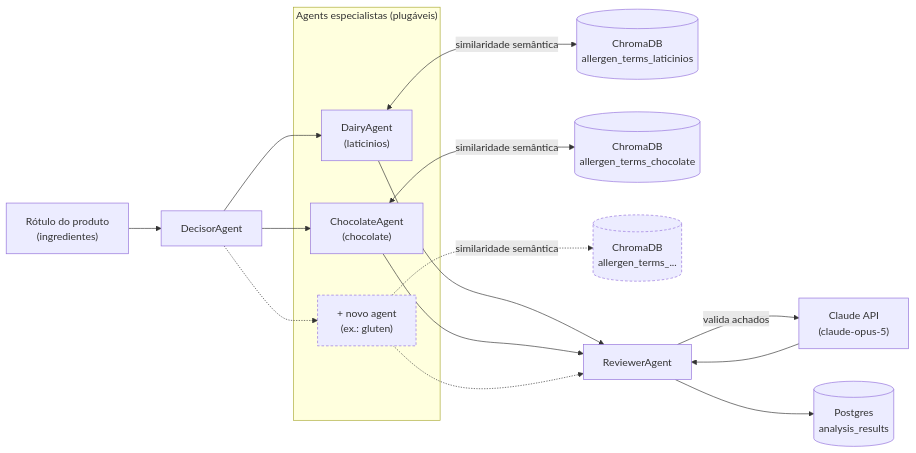
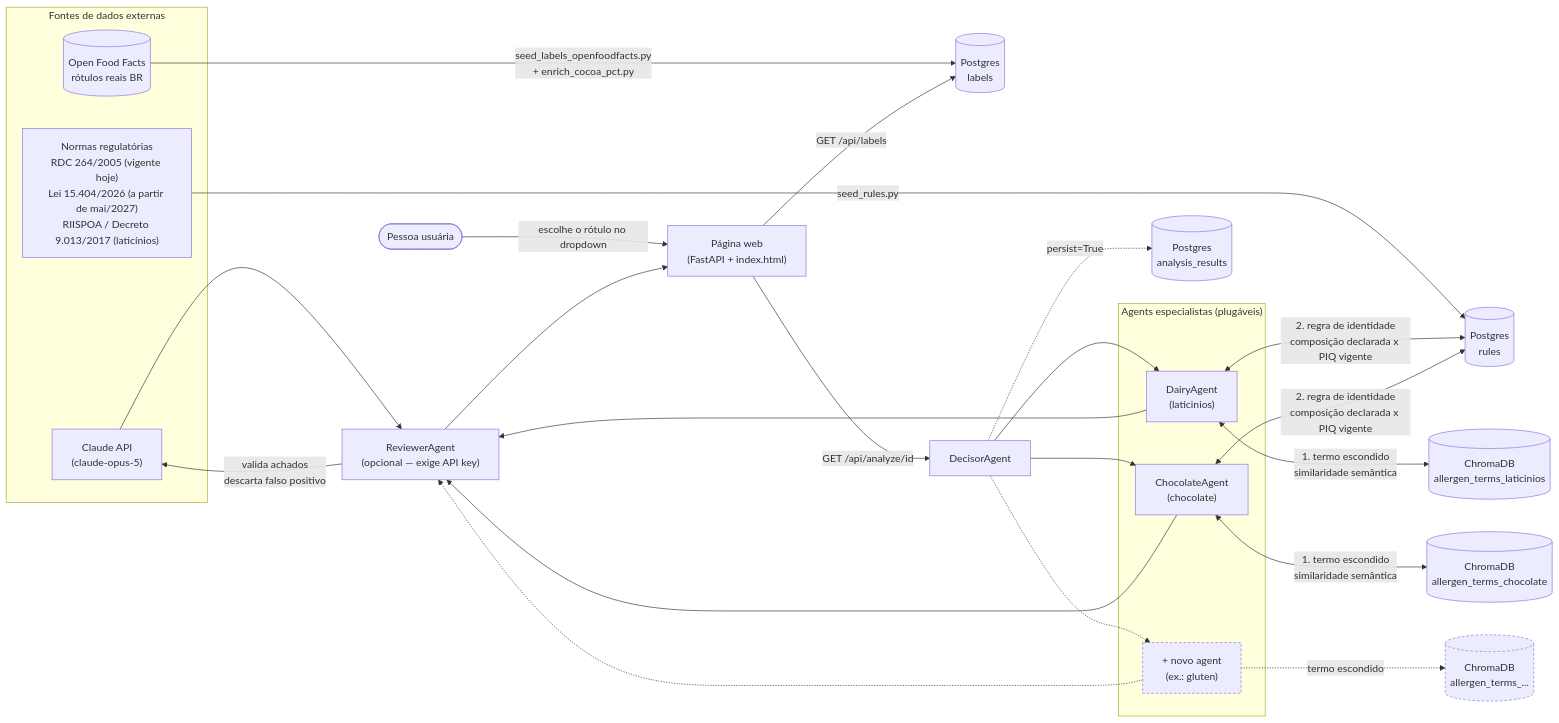
The diagram in README.md (DanielleModelli/rotulAI), drawn with Mermaid before and after one commit. The commit also changed other lines of this file and 29 other files, not shown here.

````diff
--- a/README.md
+++ b/README.md
@@ -27,29 +12,44 @@
 ```mermaid
 flowchart LR
-    Label["Rótulo do produto\n(ingredientes)"] --> Decisor["DecisorAgent"]
+    subgraph Fontes["Fontes de dados externas"]
+        OFF[("Open Food Facts\nrótulos reais BR")]
+        Norms["Normas regulatórias\nRDC 264/2005 (vigente hoje)\nLei 15.404/2026 (a partir de mai/2027)\nRIISPOA / Decreto 9.013/2017 (laticínios)"]
+        Anthropic["Claude API\n(claude-opus-5)"]
+    end
+
+    OFF -->|seed_labels_openfoodfacts.py\n+ enrich_cocoa_pct.py| Labels[("Postgres\nlabels")]
+    Norms -->|seed_rules.py| Rules[("Postgres\nrules")]
+
+    User(["Pessoa usuária"]) -->|escolhe o rótulo no dropdown| Web["Página web\n(FastAPI + index.html)"]
+    Web -->|GET /api/labels| Labels
+    Web -->|GET /api/analyze/id| Decisor["DecisorAgent"]
 
     subgraph Especialistas["Agents especialistas (plugáveis)"]
         Dairy["DairyAgent\n(laticinios)"]
         Choc["ChocolateAgent\n(chocolate)"]
         Novo["+ novo agent\n(ex.: gluten)"]:::future
     end
 
     Decisor --> Dairy
     Decisor --> Choc
     Decisor -.-> Novo
 
-    Dairy <-->|similaridade semântica| ChromaDairy[("ChromaDB\nallergen_terms_laticinios")]
-    Choc <-->|similaridade semântica| ChromaChoc[("ChromaDB\nallergen_terms_chocolate")]
-    Novo -.->|similaridade semântica| ChromaNovo[("ChromaDB\nallergen_terms_...")]:::future
+    Dairy <-->|1. termo escondido\nsimilaridade semântica| ChromaDairy[("ChromaDB\nallergen_terms_laticinios")]
+    Choc <-->|1. termo escondido\nsimilaridade semântica| ChromaChoc[("ChromaDB\nallergen_terms_chocolate")]
+    Novo -.->|termo escondido| ChromaNovo[("ChromaDB\nallergen_terms_...")]:::future
 
-    Dairy --> Revisor["ReviewerAgent"]
+    Dairy <-->|2. regra de identidade\ncomposição declarada x PIQ vigente| Rules
+    Choc <-->|2. regra de identidade\ncomposição declarada x PIQ vigente| Rules
+
+    Dairy --> Revisor["ReviewerAgent\n(opcional — exige API key)"]
     Choc --> Revisor
     Novo -.-> Revisor
 
-    Revisor -->|valida achados| Claude["Claude API\n(claude-opus-5)"]
-    Claude --> Revisor
+    Revisor -->|valida achados\ndescarta falso positivo| Anthropic
+    Anthropic --> Revisor
 
-    Revisor --> Postgres[("Postgres\nanalysis_results")]
+    Revisor --> Web
+    Decisor -.->|persist=True| Results[("Postgres\nanalysis_results")]
 
     classDef future stroke-dasharray: 4 3
 ```
````
